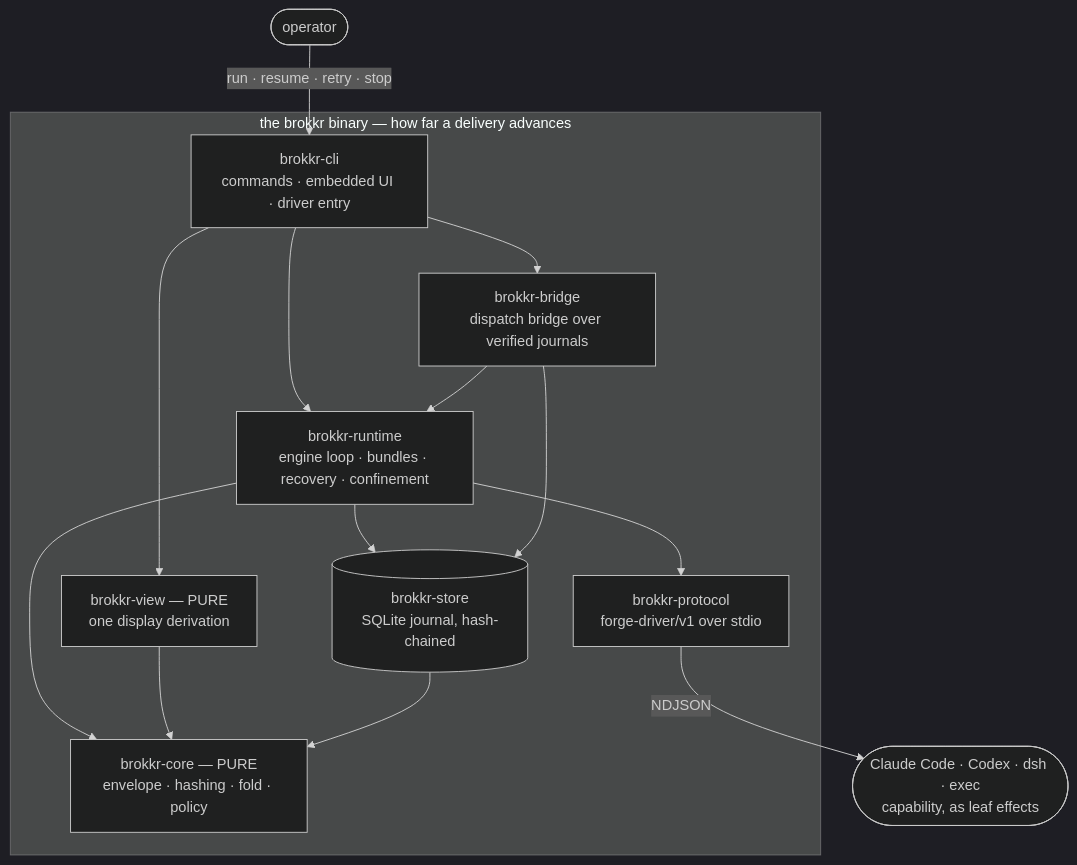
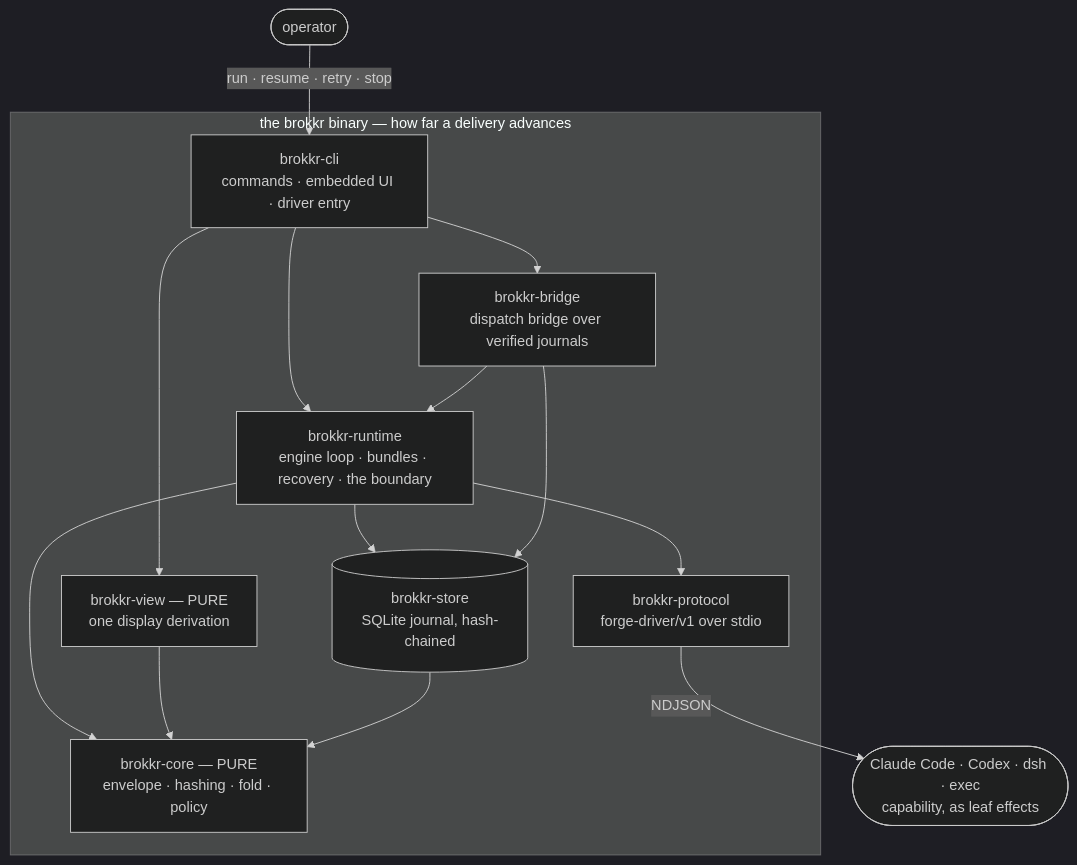
One commit to feedback-loop-ai/brokkr changed the first of 8 diagrams in ARCHITECTURE.md. Above: the diagram before and after it, drawn with Mermaid (dark theme). The commit also changed other lines of this file and 96 other files, not shown here.

````diff
--- a/ARCHITECTURE.md
+++ b/ARCHITECTURE.md
@@ -16,19 +16,19 @@
 ```mermaid
 flowchart TB
   operator([operator]) -- "run · resume · retry · stop" --> cli
   subgraph binary["the brokkr binary — how far a delivery advances"]
     cli["brokkr-cli<br/>commands · embedded UI · driver entry"]
-    runtime["brokkr-runtime<br/>engine loop · bundles · recovery · confinement"]
+    runtime["brokkr-runtime<br/>engine loop · bundles · recovery · the boundary"]
     core["brokkr-core — PURE<br/>envelope · hashing · fold · policy"]
     store[("brokkr-store<br/>SQLite journal, hash-chained")]
     protocol["brokkr-protocol<br/>forge-driver/v1 over stdio"]
     view["brokkr-view — PURE<br/>one display derivation"]
     bridge["brokkr-bridge<br/>dispatch bridge over verified journals"]
     cli --> runtime & view & bridge
     runtime --> core & store & protocol
     view --> core
     bridge --> store & runtime
     store --> core
   end
   protocol -- "NDJSON" --> harness([Claude Code · Codex · dsh · exec<br/>capability, as leaf effects])
 ```
````
